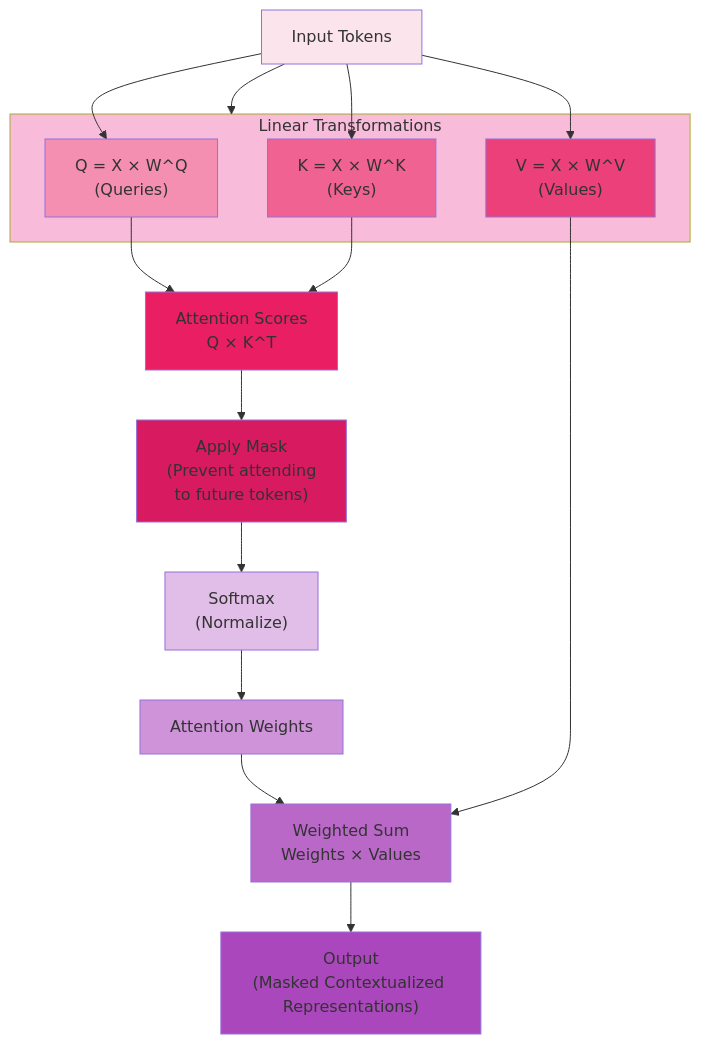
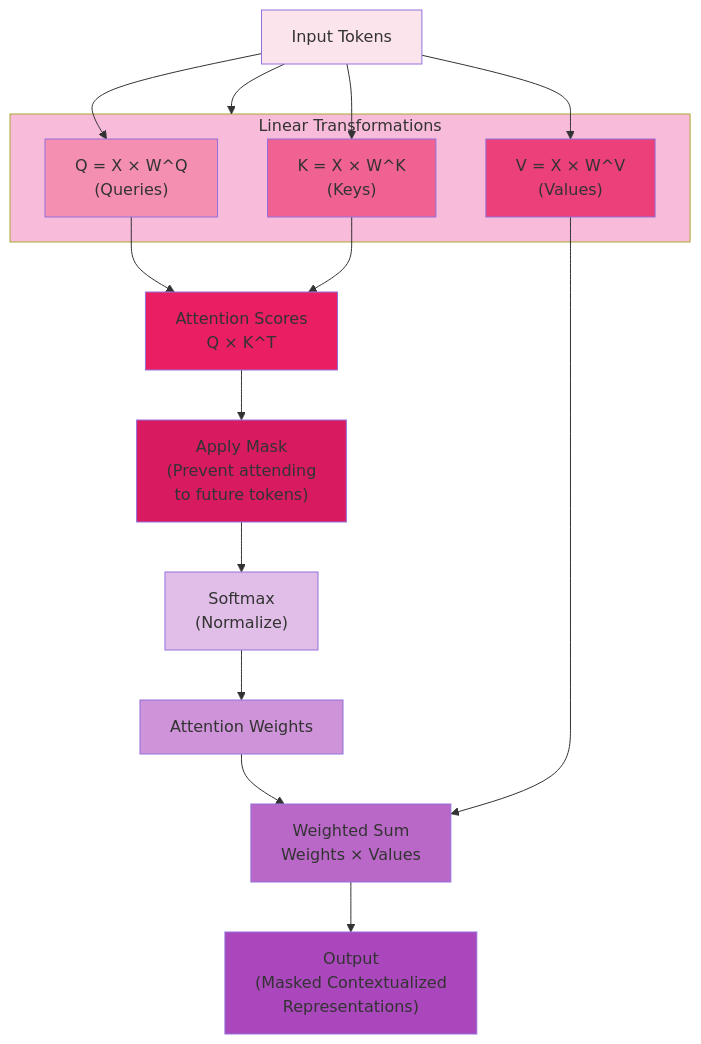
The eighth of 12 diagrams in C_3.md (Chaklader/movie_sentiment_analysis), drawn with Mermaid before and after one commit. The commit also changed other lines of this file, not shown here.

````diff
--- a/C_3.md
+++ b/C_3.md
@@ -3001,38 +3001,38 @@
 ```mermaid
 flowchart TD
     A["Input Tokens"] --> B["Linear Transformations"]
 
     subgraph B ["Linear Transformations"]
         C["Q = X × W^Q<br/>(Queries)"]
         D["K = X × W^K<br/>(Keys)"]
         E["V = X × W^V<br/>(Values)"]
     end
 
     A --> C
     A --> D
     A --> E
 
     C --> F["Attention Scores<br/>Q × K^T"]
     D --> F
 
     F --> G["Apply Mask<br/>(Prevent attending<br/>to future tokens)"]
     G --> H["Softmax<br/>(Normalize)"]
     H --> I["Attention Weights"]
 
     I --> J["Weighted Sum<br/>Weights × Values"]
     E --> J
 
-    J --> K["Output<br/>(Masked Contextualized Representations)"]
+    J --> K["Output<br/>(Masked Contextualized <br>Representations)"]
 
     style A fill:#FCE4EC
     style B fill:#F8BBD9
     style C fill:#F48FB1
     style D fill:#F06292
     style E fill:#EC407A
     style F fill:#E91E63
     style G fill:#D81B60
     style H fill:#E1BEE7
     style I fill:#CE93D8
     style J fill:#BA68C8
     style K fill:#AB47BC
 ```
````
